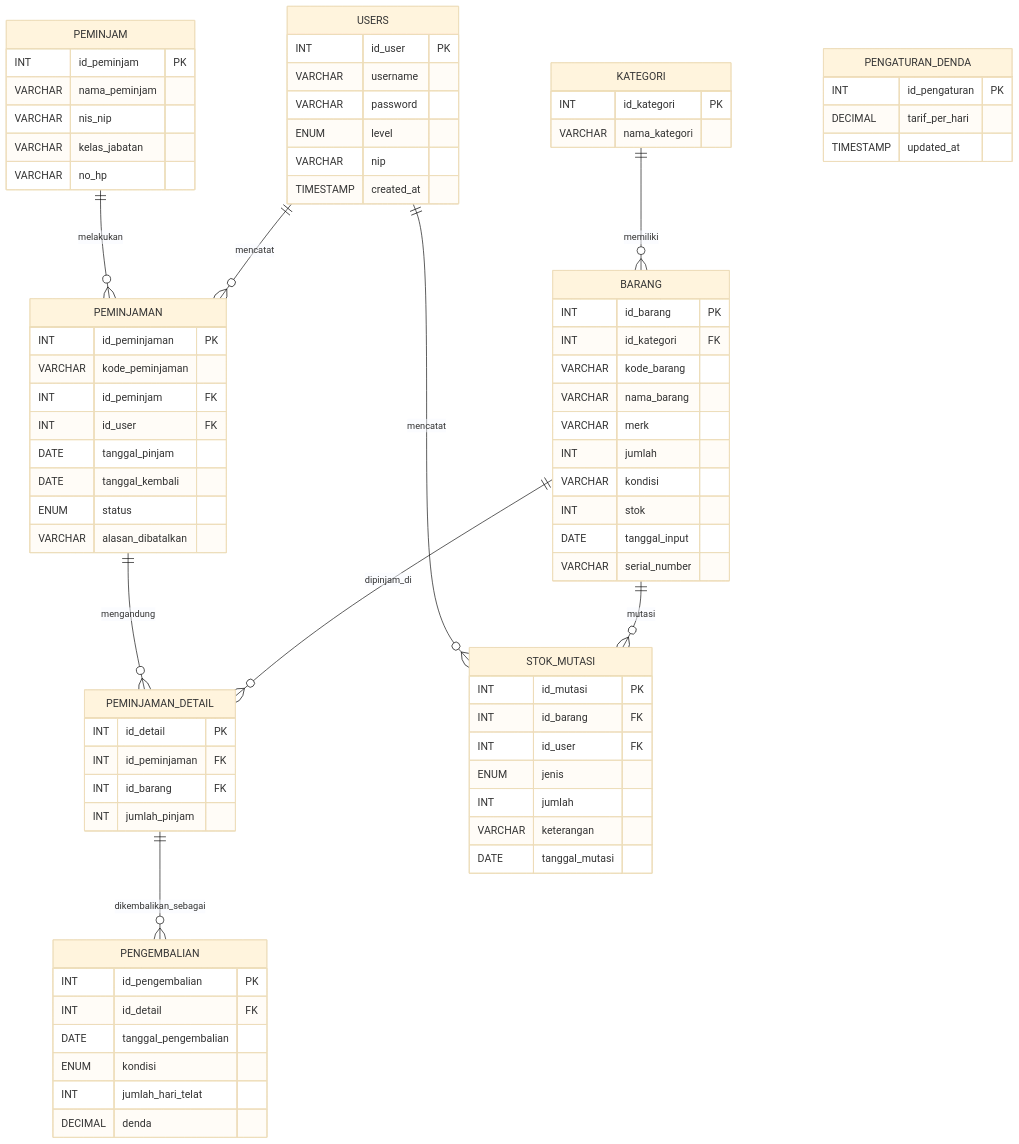
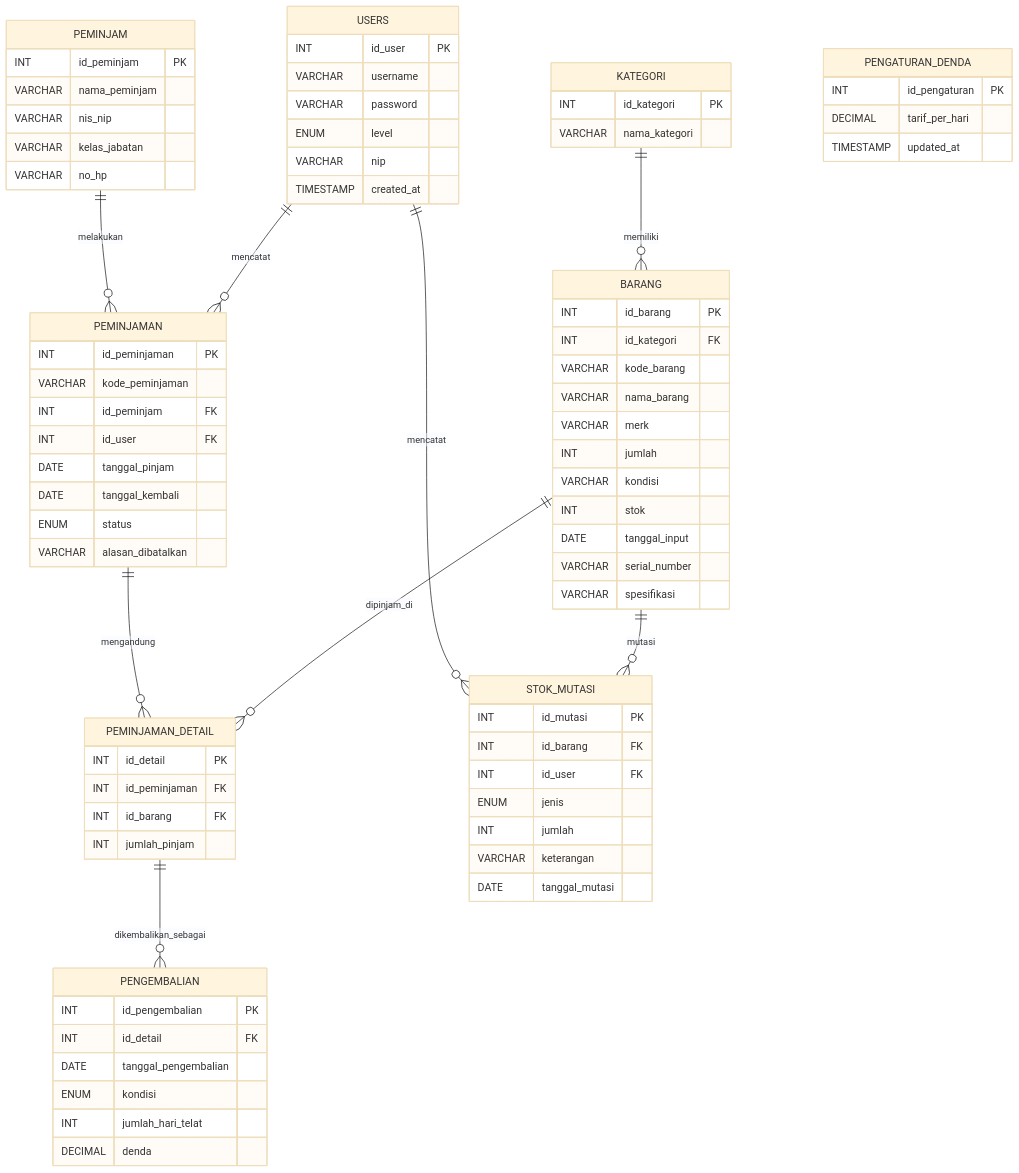
The diagram in docs_project/Database_Final_dan_Arsitektur.md (Adityabeckham/inventory-labkom), drawn with Mermaid (base theme) before and after one commit. The commit also changed other lines of this file and 5 other files, not shown here.

````diff
--- a/docs_project/Database_Final_dan_Arsitektur.md
+++ b/docs_project/Database_Final_dan_Arsitektur.md
@@ -42,81 +42,82 @@
 ```mermaid
 erDiagram
     USERS {
         INT id_user PK
         VARCHAR username
         VARCHAR password
         ENUM level
         VARCHAR nip
         TIMESTAMP created_at
     }
     KATEGORI {
         INT id_kategori PK
         VARCHAR nama_kategori
     }
     BARANG {
         INT id_barang PK
         INT id_kategori FK
         VARCHAR kode_barang
         VARCHAR nama_barang
         VARCHAR merk
         INT jumlah
         VARCHAR kondisi
         INT stok
         DATE tanggal_input
         VARCHAR serial_number
+        VARCHAR spesifikasi
     }
     PEMINJAM {
         INT id_peminjam PK
         VARCHAR nama_peminjam
         VARCHAR nis_nip
         VARCHAR kelas_jabatan
         VARCHAR no_hp
     }
     PEMINJAMAN {
         INT id_peminjaman PK
         VARCHAR kode_peminjaman
         INT id_peminjam FK
         INT id_user FK
         DATE tanggal_pinjam
         DATE tanggal_kembali
         ENUM status
         VARCHAR alasan_dibatalkan
     }
     PEMINJAMAN_DETAIL {
         INT id_detail PK
         INT id_peminjaman FK
         INT id_barang FK
         INT jumlah_pinjam
     }
     PENGEMBALIAN {
         INT id_pengembalian PK
         INT id_detail FK
         DATE tanggal_pengembalian
         ENUM kondisi
         INT jumlah_hari_telat
         DECIMAL denda
     }
     PENGATURAN_DENDA {
         INT id_pengaturan PK
         DECIMAL tarif_per_hari
         TIMESTAMP updated_at
     }
     STOK_MUTASI {
         INT id_mutasi PK
         INT id_barang FK
         INT id_user FK
         ENUM jenis
         INT jumlah
         VARCHAR keterangan
         DATE tanggal_mutasi
     }
 
     USERS ||--o{ PEMINJAMAN : "mencatat"
     KATEGORI ||--o{ BARANG : "memiliki"
     BARANG ||--o{ PEMINJAMAN_DETAIL : "dipinjam_di"
     PEMINJAM ||--o{ PEMINJAMAN : "melakukan"
     PEMINJAMAN ||--o{ PEMINJAMAN_DETAIL : "mengandung"
     PEMINJAMAN_DETAIL ||--o{ PENGEMBALIAN : "dikembalikan_sebagai"
     BARANG ||--o{ STOK_MUTASI : "mutasi"
     USERS ||--o{ STOK_MUTASI : "mencatat"
 ```
````
